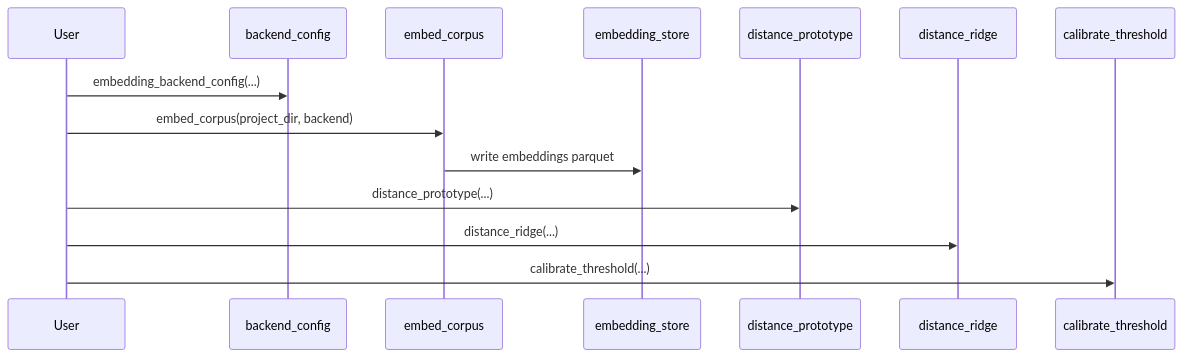
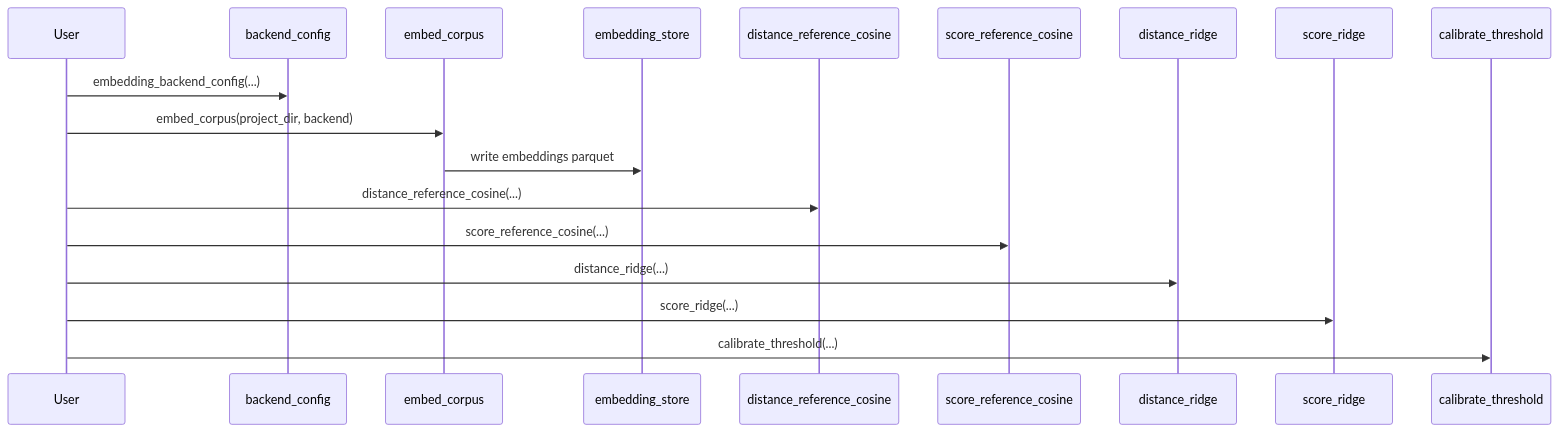
One commit to openalexPro/openalexVectorComp changed the third of 5 diagrams in vignettes/package-overview.qmd. Above: the diagram before and after it, drawn with Mermaid. The commit also changed other lines of this file and 25 other files, not shown here.

````diff
--- a/vignettes/package-overview.qmd
+++ b/vignettes/package-overview.qmd
@@ -134,17 +136,21 @@
 ```{mermaid}
 sequenceDiagram
   participant U as User
   participant BC as backend_config
   participant EC as embed_corpus
   participant ES as embedding_store
-  participant DP as distance_prototype
+  participant DP as distance_reference_cosine
+  participant SCP as score_reference_cosine
   participant DR as distance_ridge
+  participant SR as score_ridge
   participant CT as calibrate_threshold
 
   U->>BC: embedding_backend_config(...)
   U->>EC: embed_corpus(project_dir, backend)
   EC->>ES: write embeddings parquet
-  U->>DP: distance_prototype(...)
+  U->>DP: distance_reference_cosine(...)
+  U->>SCP: score_reference_cosine(...)
   U->>DR: distance_ridge(...)
+  U->>SR: score_ridge(...)
   U->>CT: calibrate_threshold(...)
 ```
````
